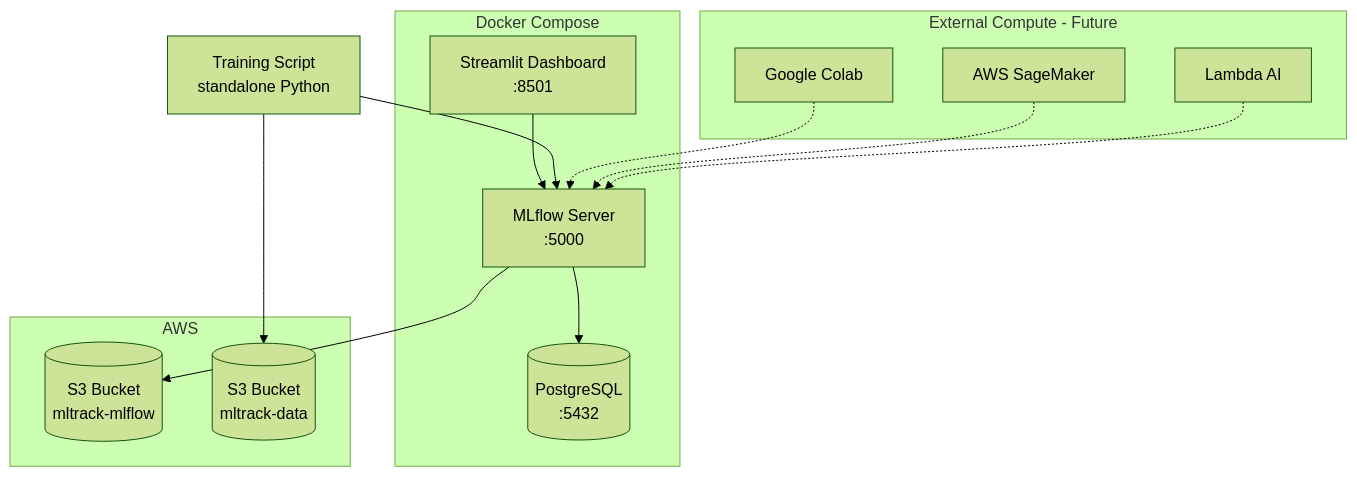
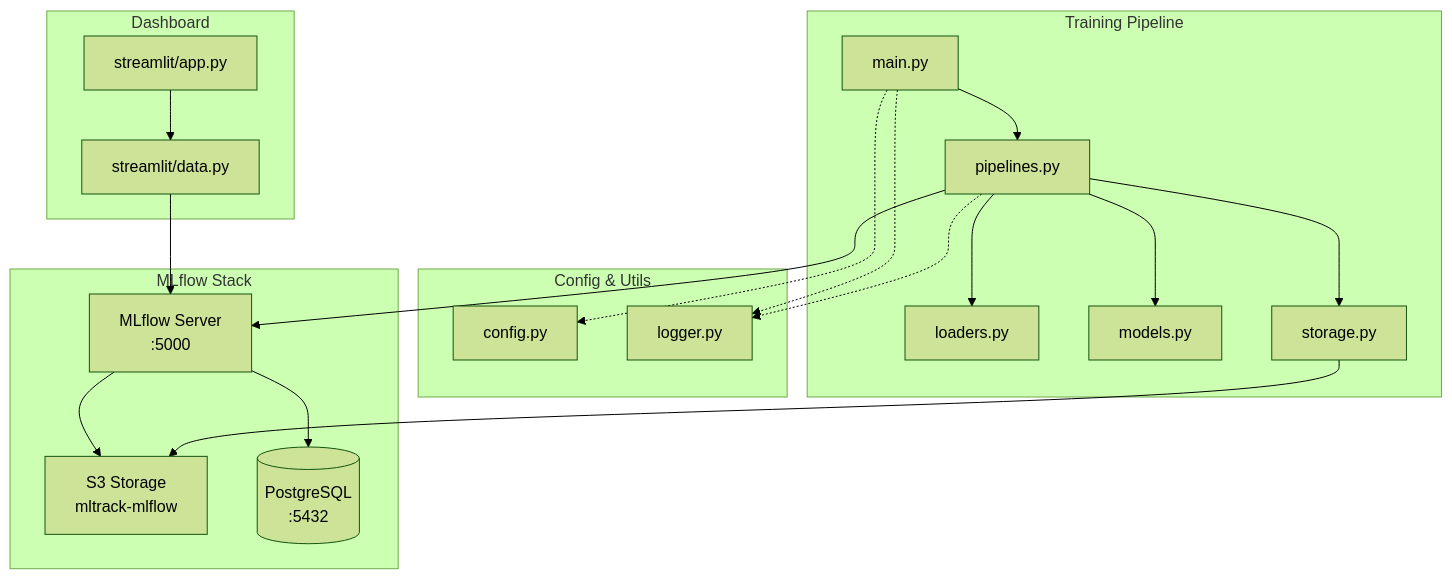
One commit to tryph0n/mltrack changed the diagram in README.md. Above: the diagram before and after it, drawn with Mermaid (forest theme). The commit also changed other lines of this file and 20 other files, not shown here.

````diff
--- a/README.md
+++ b/README.md
@@ -7,31 +9,36 @@
 ```mermaid
 graph TB
-    subgraph "Docker Compose"
-        MLflow[MLflow Server<br/>:5000]
-        Streamlit[Streamlit Dashboard<br/>:8501]
-        Postgres[(PostgreSQL<br/>:5432)]
+    subgraph "Training Pipeline"
+        main[main.py] --> pipelines[pipelines.py]
+        pipelines --> loaders[loaders.py]
+        pipelines --> models[models.py]
+        pipelines --> storage[storage.py]
     end
 
-    subgraph "AWS"
-        S3_MLflow[(S3 Bucket<br/>mltrack-mlflow)]
-        S3_Data[(S3 Bucket<br/>mltrack-data)]
+    subgraph "Config & Utils"
+        config[config.py]
+        logger[logger.py]
     end
 
-    subgraph "External Compute - Future"
-        Colab[Google Colab]
-        AWS_Compute[AWS SageMaker]
-        Lambda[Lambda AI]
+    subgraph "MLflow Stack"
+        mlflow[MLflow Server<br/>:5000]
+        s3[S3 Storage<br/>mltrack-mlflow]
+        postgres[(PostgreSQL<br/>:5432)]
     end
 
-    Training[Training Script<br/>standalone Python]
+    subgraph "Dashboard"
+        streamlit[streamlit/app.py]
+        data[streamlit/data.py]
+    end
 
-    MLflow --> Postgres
-    MLflow --> S3_MLflow
-    Streamlit --> MLflow
-    Training --> MLflow
-    Training --> S3_Data
+    pipelines --> mlflow
+    mlflow --> postgres
+    mlflow --> s3
+    storage --> s3
+    data --> mlflow
+    streamlit --> data
 
-    Colab -.-> MLflow
-    AWS_Compute -.-> MLflow
-    Lambda -.-> MLflow
+    main -.-> config
+    main -.-> logger
+    pipelines -.-> logger
 ```
````
